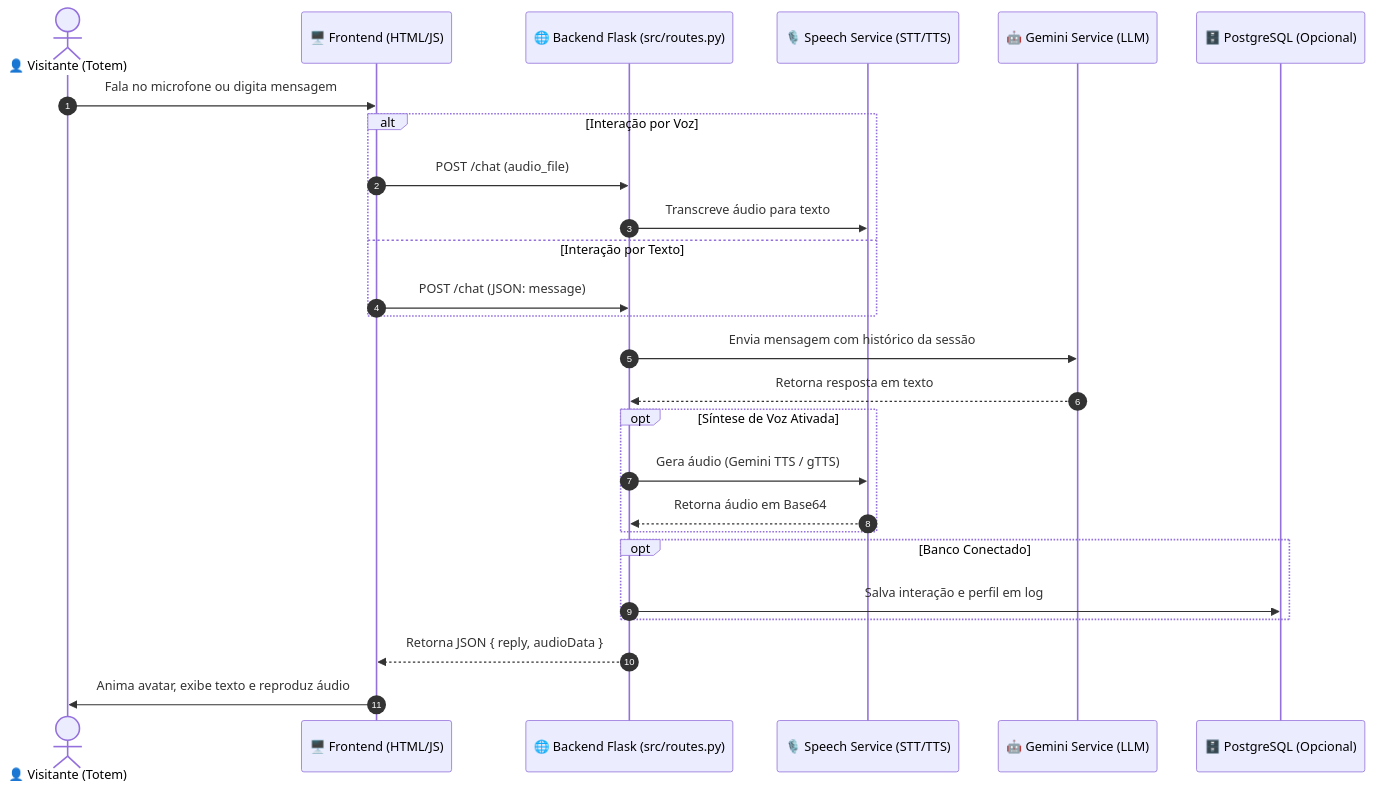
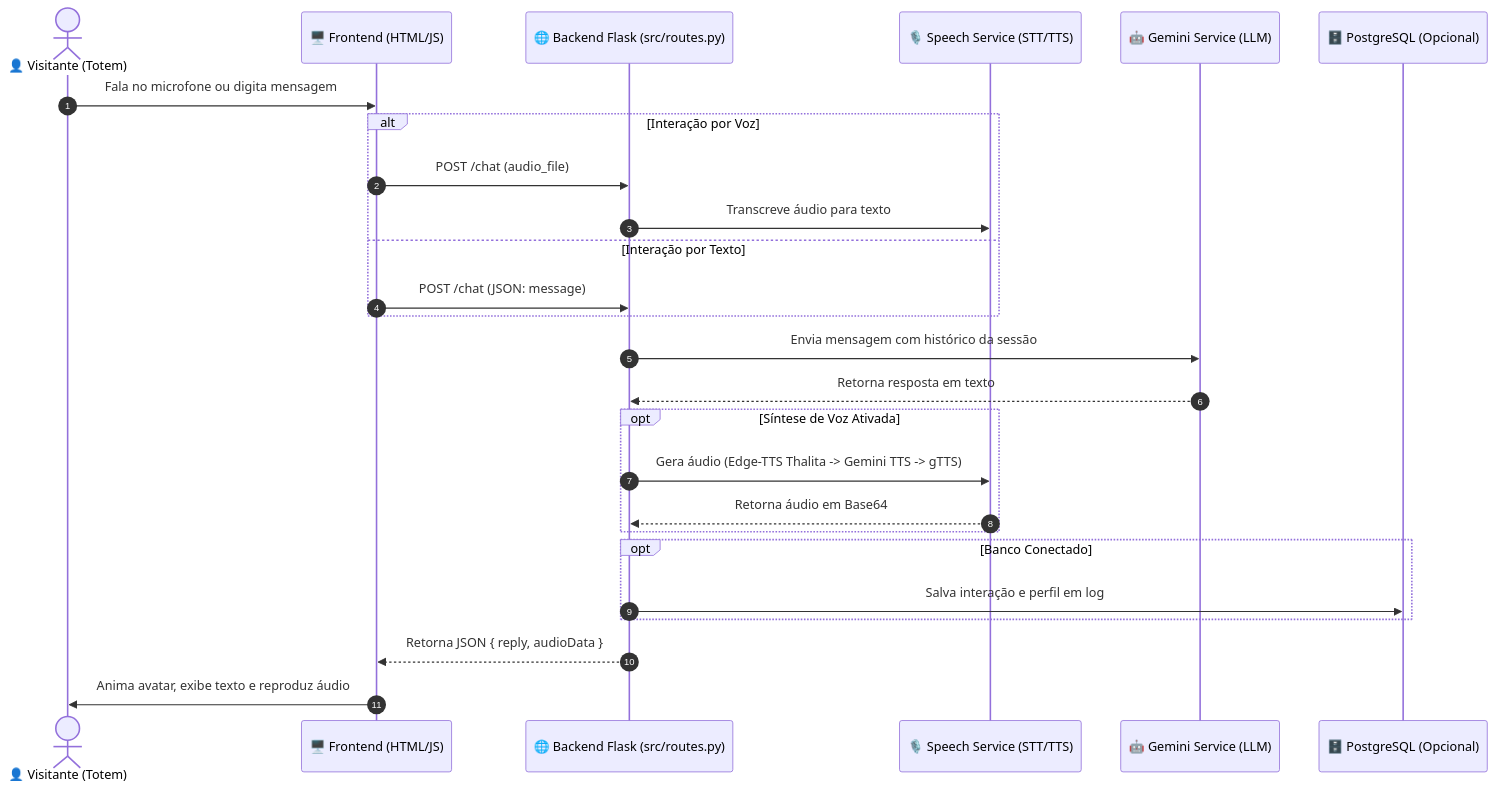
The diagram in README.md (felipeftav/chatbot_LLM_toten), drawn with Mermaid before and after one commit. The commit also changed other lines of this file and 15 other files, not shown here.

````diff
--- a/README.md
+++ b/README.md
@@ -35,33 +35,33 @@
 ```mermaid
 sequenceDiagram
     autonumber
     actor Visitante as 👤 Visitante (Totem)
     participant UI as 🖥️ Frontend (HTML/JS)
     participant Flask as 🌐 Backend Flask (src/routes.py)
     participant AudioSvc as 🎙️ Speech Service (STT/TTS)
     participant GeminiSvc as 🤖 Gemini Service (LLM)
     participant DB as 🗄️ PostgreSQL (Opcional)
 
     Visitante->>UI: Fala no microfone ou digita mensagem
     alt Interação por Voz
         UI->>Flask: POST /chat (audio_file)
         Flask->>AudioSvc: Transcreve áudio para texto
     else Interação por Texto
         UI->>Flask: POST /chat (JSON: message)
     end
 
     Flask->>GeminiSvc: Envia mensagem com histórico da sessão
     GeminiSvc-->>Flask: Retorna resposta em texto
     
     opt Síntese de Voz Ativada
-        Flask->>AudioSvc: Gera áudio (Gemini TTS / gTTS)
+        Flask->>AudioSvc: Gera áudio (Edge-TTS Thalita -> Gemini TTS -> gTTS)
         AudioSvc-->>Flask: Retorna áudio em Base64
     end
 
     opt Banco Conectado
         Flask->>DB: Salva interação e perfil em log
     end
 
     Flask-->>UI: Retorna JSON { reply, audioData }
     UI->>Visitante: Anima avatar, exibe texto e reproduz áudio
 ```
````
